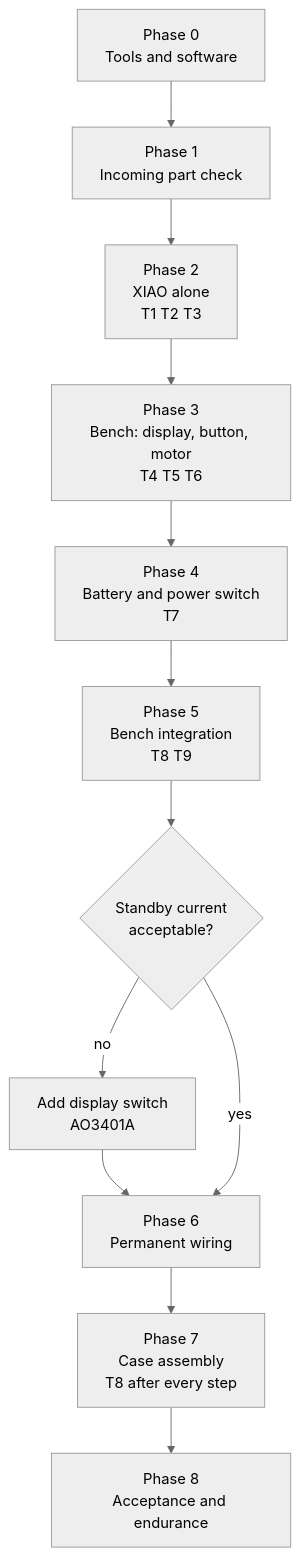
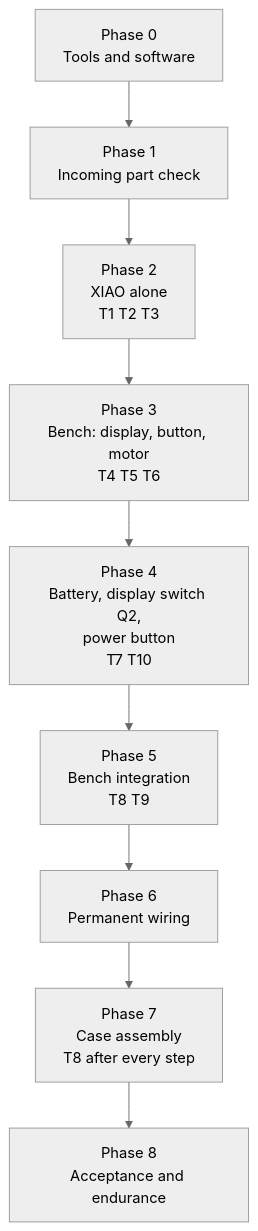
Before and after one commit to elymsyr/mysterychain: the diagram in electronics/bring-up.md, drawn with Mermaid (neutral theme). The commit also changed other lines of this file and 44 other files, not shown here.

First line of the commit message:
case v7, switchless button power, tethered USB plug

````diff
--- a/electronics/bring-up.md
+++ b/electronics/bring-up.md
@@ -7,14 +7,11 @@
 ```mermaid
 flowchart TD
     F0["Phase 0<br/>Tools and software"] --> F1["Phase 1<br/>Incoming part check"]
     F1 --> F2["Phase 2<br/>XIAO alone<br/>T1 T2 T3"]
     F2 --> F3["Phase 3<br/>Bench: display, button, motor<br/>T4 T5 T6"]
-    F3 --> F4["Phase 4<br/>Battery and power switch<br/>T7"]
+    F3 --> F4["Phase 4<br/>Battery, display switch Q2,<br/>power button<br/>T7 T10"]
     F4 --> F5["Phase 5<br/>Bench integration<br/>T8 T9"]
-    F5 --> K{"Standby current<br/>acceptable?"}
-    K -->|"no"| M["Add display switch<br/>AO3401A"]
-    M --> F6
-    K -->|"yes"| F6["Phase 6<br/>Permanent wiring"]
+    F5 --> F6["Phase 6<br/>Permanent wiring"]
     F6 --> F7["Phase 7<br/>Case assembly<br/>T8 after every step"]
     F7 --> F8["Phase 8<br/>Acceptance and endurance"]
 ```
````
